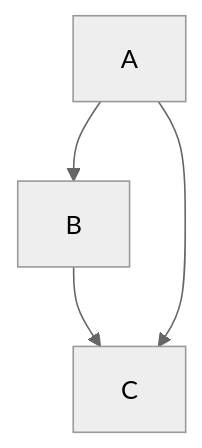
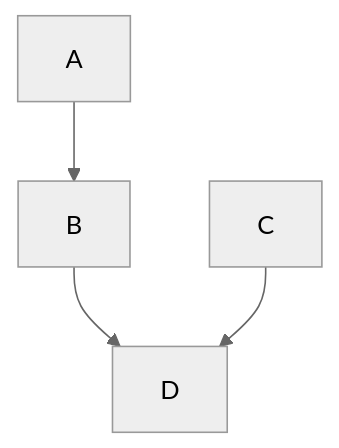
Before and after one commit to chanduujjina/JSE_Practice_2025_B1: the fifth of 5 diagrams in test1.md, drawn with Mermaid (neutral theme).

````diff
--- a/test1.md
+++ b/test1.md
@@ -38,7 +38,7 @@
 ```mermaid
 graph TD;
     A-->B;
-    B-->C
-    A-->C
+    B-->D
+    C-->D
     
 ```
````
